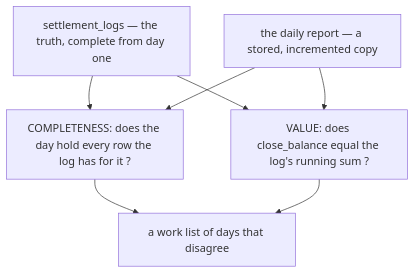
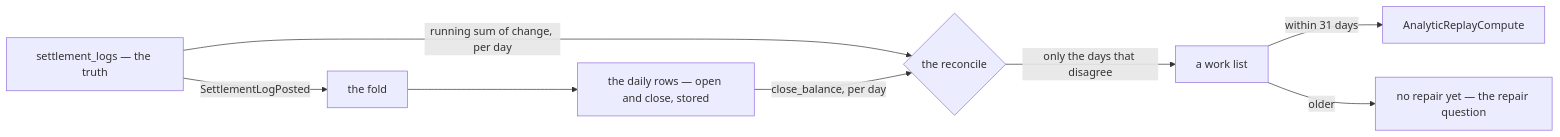
One commit to pdcgo/warehouse_revamp changed diagram 29 of 37 in docs/business/settlement/analytic_context_clarify.md. Above: the diagram before and after it, drawn with Mermaid. The commit also changed other lines of this file and 1 other file, not shown here.

First line of the commit message:
analytic Q4: rewrite the reconcile to the value check, and fix what went stale

````diff
--- a/docs/business/settlement/analytic_context_clarify.md
+++ b/docs/business/settlement/analytic_context_clarify.md
@@ -1280,11 +1278,10 @@
 ```mermaid
-flowchart TB
-  L["settlement_logs — the truth, complete from day one"]
-  R["the daily report — a stored, incremented copy"]
-  L --> C1["COMPLETENESS: does the day hold every row the log has for it ?"]
-  R --> C1
-  L --> C2["VALUE: does close_balance equal the log's running sum ?"]
-  R --> C2
-  C1 --> W["a work list of days that disagree"]
-  C2 --> W
+flowchart LR
+  L["settlement_logs — the truth"] -->|"SettlementLogPosted"| F["the fold"]
+  F --> R["the daily rows — open and close, stored"]
+  L -->|"running sum of change, per day"| C{"the reconcile"}
+  R -->|"close_balance, per day"| C
+  C -->|"only the days that disagree"| W["a work list"]
+  W -->|"within 31 days"| P["AnalyticReplayCompute"]
+  W -->|"older"| X["no repair yet — the repair question"]
 ```
````
